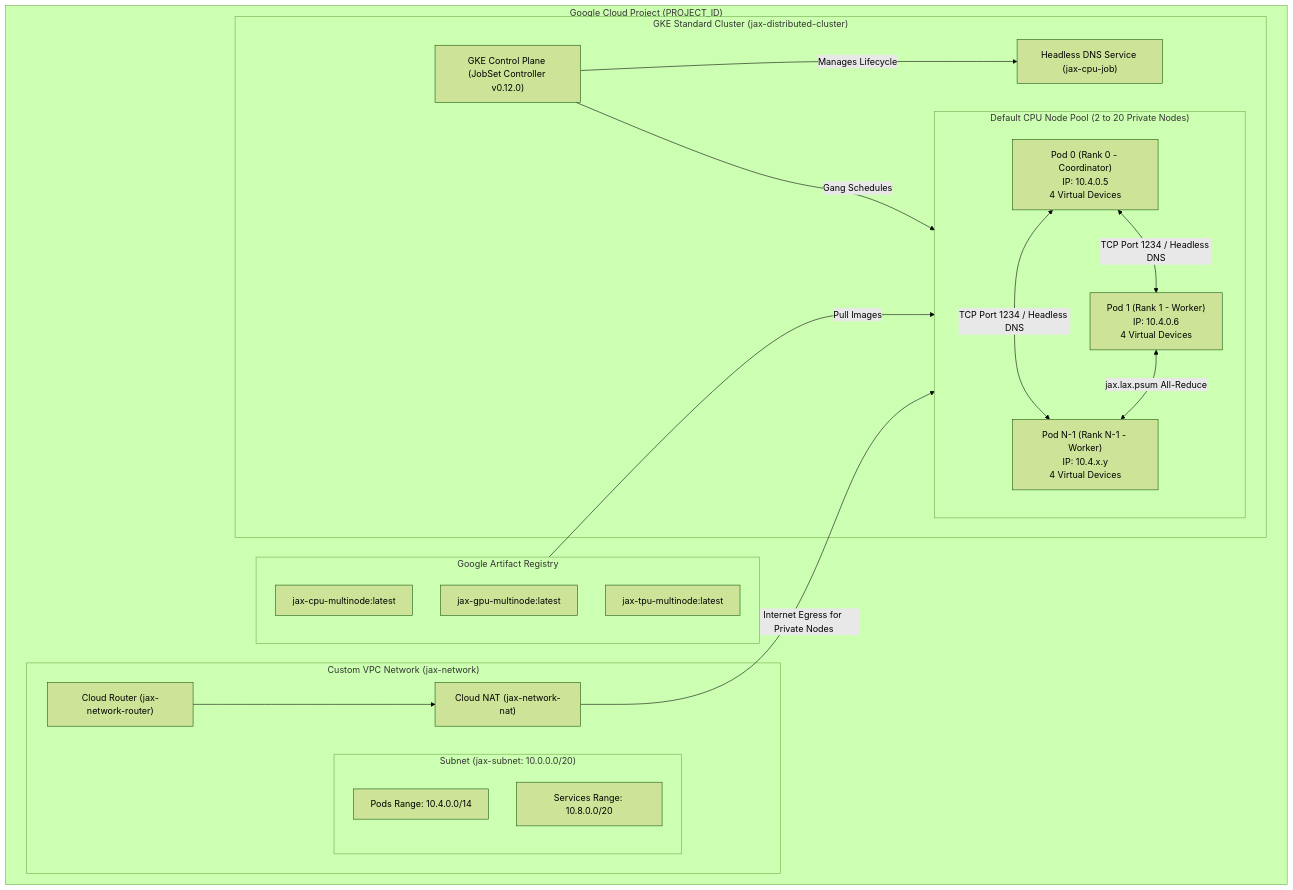
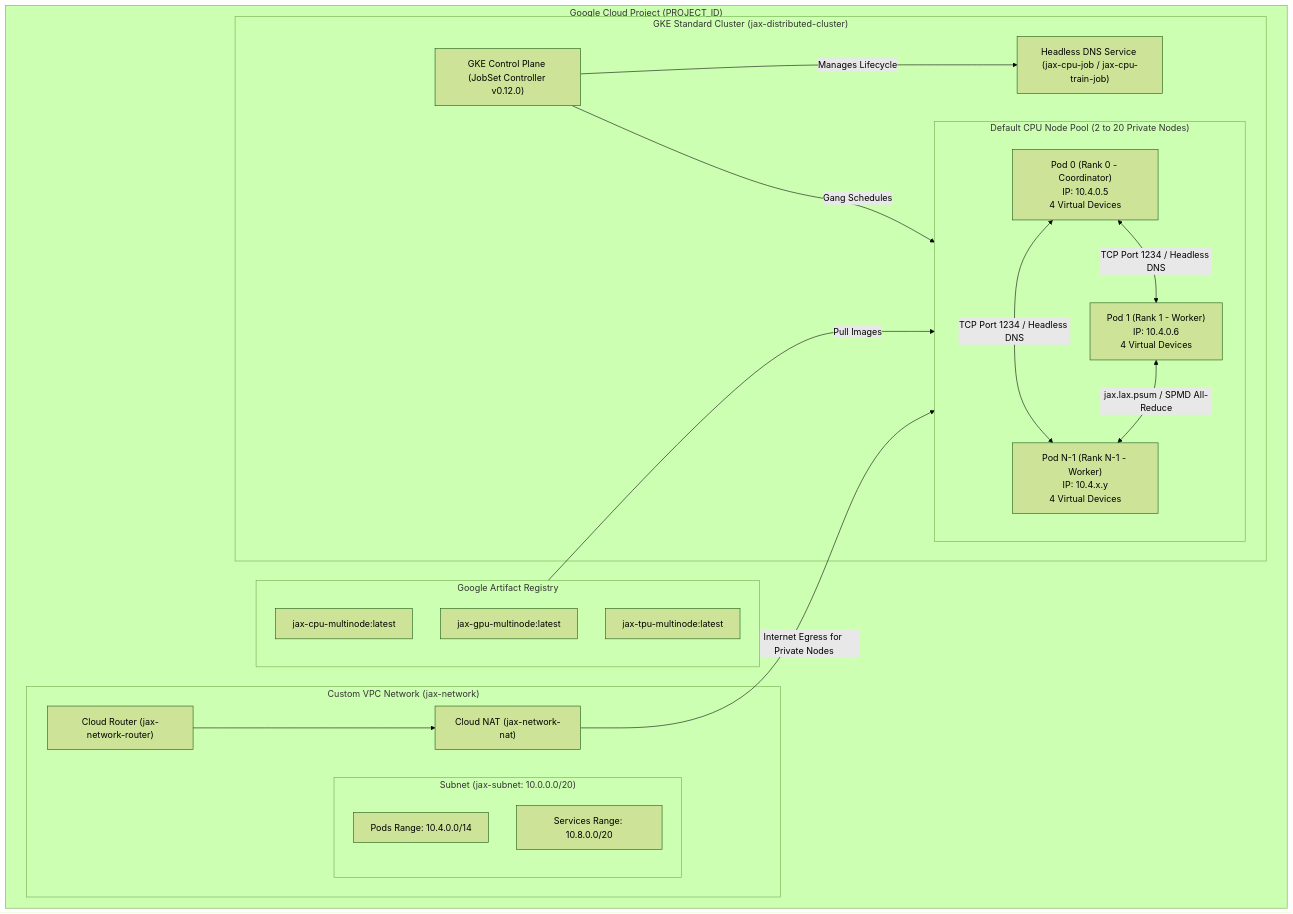
Before and after one commit to goabego/Travolta_Multinode_Training: the first of 10 diagrams in ARCHITECTURE.md, drawn with Mermaid (forest theme). The commit also changed other lines of this file and 28 other files, not shown here.

````diff
--- a/ARCHITECTURE.md
+++ b/ARCHITECTURE.md
@@ -11,39 +11,39 @@
 ```mermaid
 graph TD
     subgraph GCP["Google Cloud Project (PROJECT_ID)"]
         subgraph VPC["Custom VPC Network (jax-network)"]
             Router["Cloud Router (jax-network-router)"]
             NAT["Cloud NAT (jax-network-nat)"]
             subgraph Subnet["Subnet (jax-subnet: 10.0.0.0/20)"]
                 PodRange["Pods Range: 10.4.0.0/14"]
                 SvcRange["Services Range: 10.8.0.0/20"]
             end
         end
 
         subgraph AR["Google Artifact Registry"]
             CPUImg["jax-cpu-multinode:latest"]
             GPUImg["jax-gpu-multinode:latest"]
             TPUImg["jax-tpu-multinode:latest"]
         end
 
         subgraph GKE["GKE Standard Cluster (jax-distributed-cluster)"]
             ControlPlane["GKE Control Plane (JobSet Controller v0.12.0)"]
-            HeadlessDNS["Headless DNS Service (jax-cpu-job)"]
+            HeadlessDNS["Headless DNS Service (jax-cpu-job / jax-cpu-train-job)"]
             
             subgraph CPUNodes["Default CPU Node Pool (2 to 20 Private Nodes)"]
                 Pod0["Pod 0 (Rank 0 - Coordinator)\nIP: 10.4.0.5\n4 Virtual Devices"]
                 Pod1["Pod 1 (Rank 1 - Worker)\nIP: 10.4.0.6\n4 Virtual Devices"]
                 PodN["Pod N-1 (Rank N-1 - Worker)\nIP: 10.4.x.y\n4 Virtual Devices"]
             end
         end
     end
 
     Router --> NAT
     NAT -->|Internet Egress for Private Nodes| CPUNodes
     ControlPlane -->|Manages Lifecycle| HeadlessDNS
     ControlPlane -->|Gang Schedules| CPUNodes
     Pod0 <-->|TCP Port 1234 / Headless DNS| Pod1
     Pod0 <-->|TCP Port 1234 / Headless DNS| PodN
-    Pod1 <-->|jax.lax.psum All-Reduce| PodN
+    Pod1 <-->|jax.lax.psum / SPMD All-Reduce| PodN
     AR -->|Pull Images| CPUNodes
 ```
````
